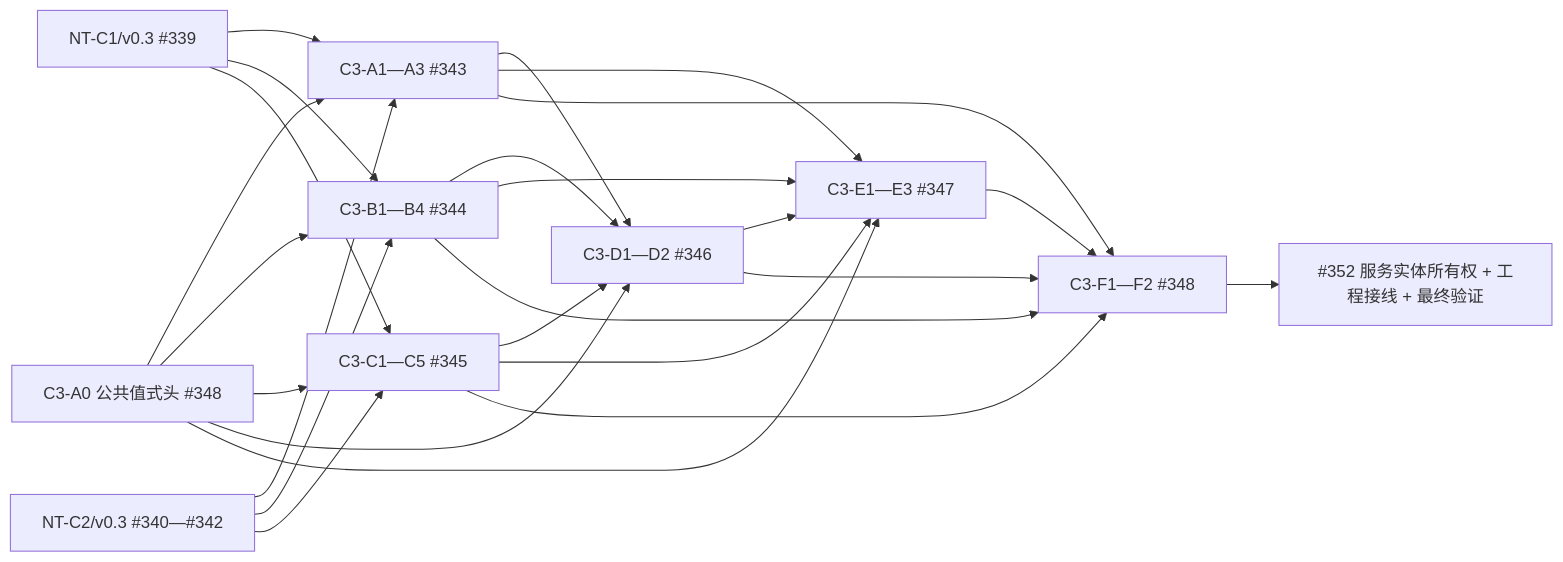
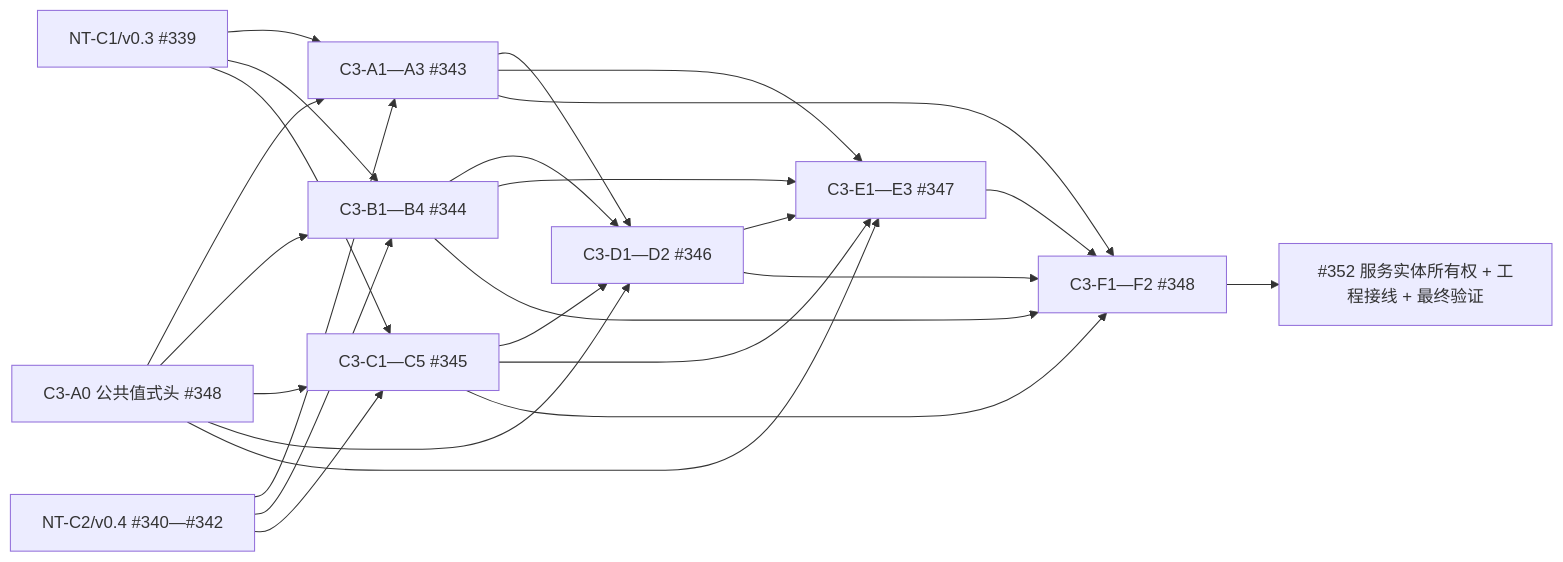
Before and after one commit to chunhaizh-cyber/HY-Ego: the third of 6 diagrams in 规范/详细设计/函数结构知识图谱/20260722_NODE-TYPED-MIGRATION_NT-P3_函数结构知识图谱.md, drawn with Mermaid. The commit also changed other lines of this file and 65 other files, not shown here.

````diff
--- a/规范/详细设计/函数结构知识图谱/20260722_NODE-TYPED-MIGRATION_NT-P3_函数结构知识图谱.md
+++ b/规范/详细设计/函数结构知识图谱/20260722_NODE-TYPED-MIGRATION_NT-P3_函数结构知识图谱.md
@@ -104,27 +104,27 @@
 ```mermaid
 flowchart LR
     C1["NT-C1/v0.3 #339"] --> A["C3-A1—A3 #343"]
     C1 --> B["C3-B1—B4 #344"]
     C1 --> C["C3-C1—C5 #345"]
-    C2["NT-C2/v0.3 #340—#342"] --> A
+    C2["NT-C2/v0.4 #340—#342"] --> A
     C2 --> B
     C2 --> C
     A0["C3-A0 公共值式头 #348"] --> A
     A0 --> B
     A0 --> C
     A0 --> D["C3-D1—D2 #346"]
     A0 --> E["C3-E1—E3 #347"]
     A --> D
     B --> D
     C --> D
     A --> E
     B --> E
     C --> E
     D --> E
     A --> F["C3-F1—F2 #348"]
     B --> F
     C --> F
     D --> F
     E --> F
     F --> CUT["#352 服务实体所有权 + 工程接线 + 最终验证"]
 ```
````
